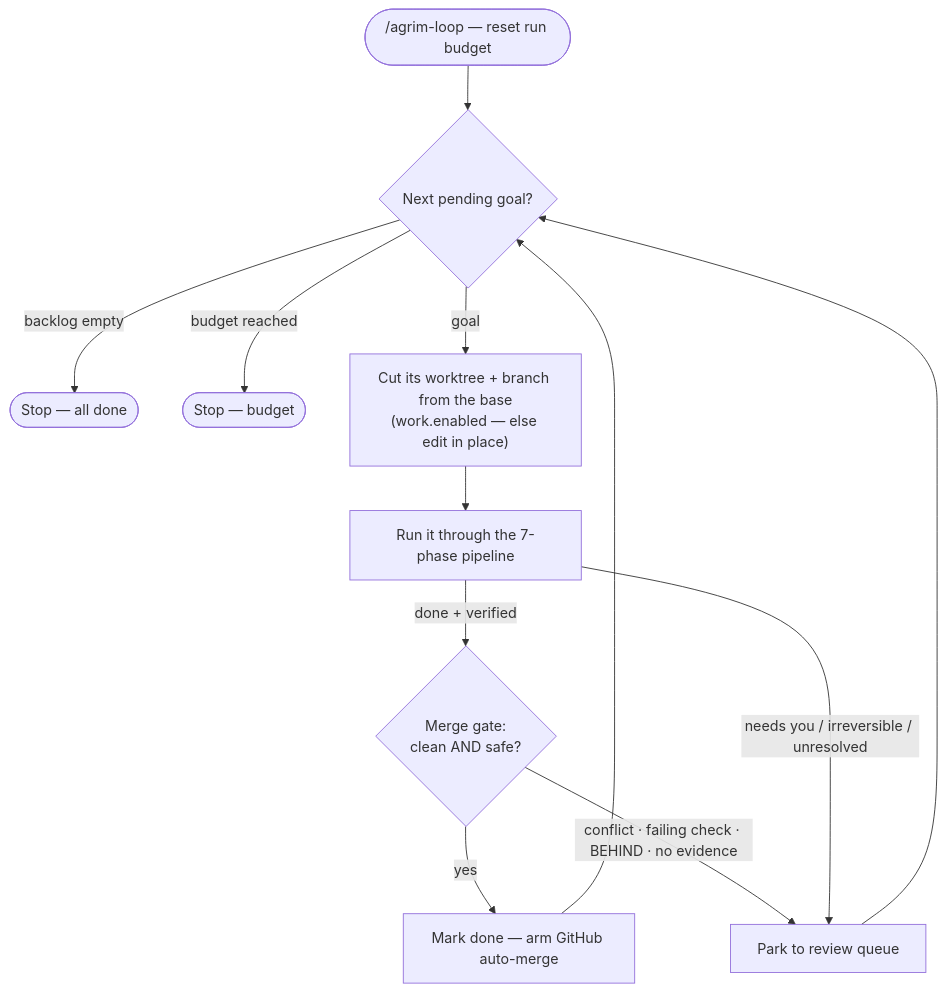
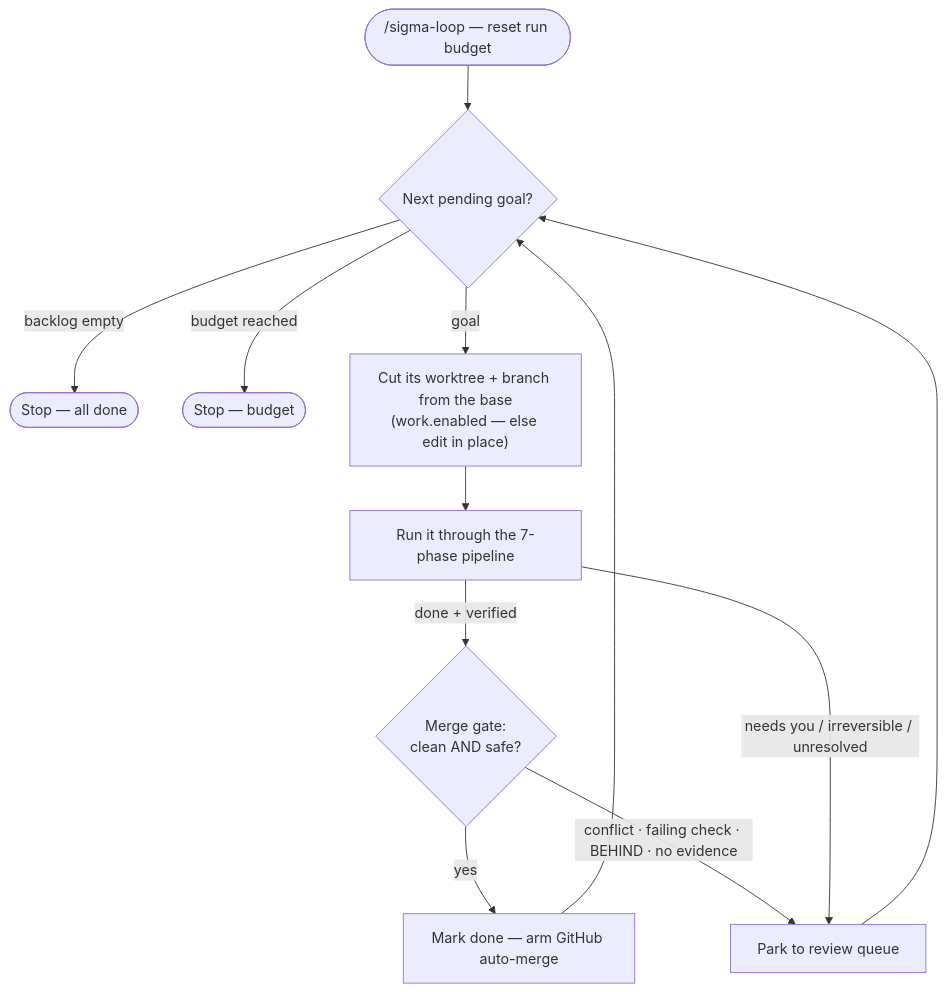
The third of 3 diagrams in README.md (Agrim-Intelligence/sigma), drawn with Mermaid before and after one commit. The commit also changed other lines of this file and 885 other files, not shown here.

Commit message:
rename: skills and commands agrim- to sigma- (#523)

````diff
--- a/README.md
+++ b/README.md
@@ -666,14 +666,14 @@
 ```mermaid
 flowchart TD
-    ST(["/agrim-loop — reset run budget"]) --> NX{"Next pending goal?"}
+    ST(["/sigma-loop — reset run budget"]) --> NX{"Next pending goal?"}
     NX -->|"backlog empty"| SD(["Stop — all done"])
     NX -->|"budget reached"| SB(["Stop — budget"])
     NX -->|"goal"| WT["Cut its worktree + branch from the base<br/>(work.enabled — else edit in place)"]
     WT --> RUN["Run it through the 7-phase pipeline"]
     RUN -->|"done + verified"| GATE{"Merge gate:<br/>clean AND safe?"}
     GATE -->|"yes"| CMP["Mark done — arm GitHub auto-merge"]
     GATE -->|"conflict · failing check · BEHIND · no evidence"| PRK
     RUN -->|"needs you / irreversible / unresolved"| PRK["Park to review queue"]
     CMP --> NX
     PRK --> NX
 ```
````
